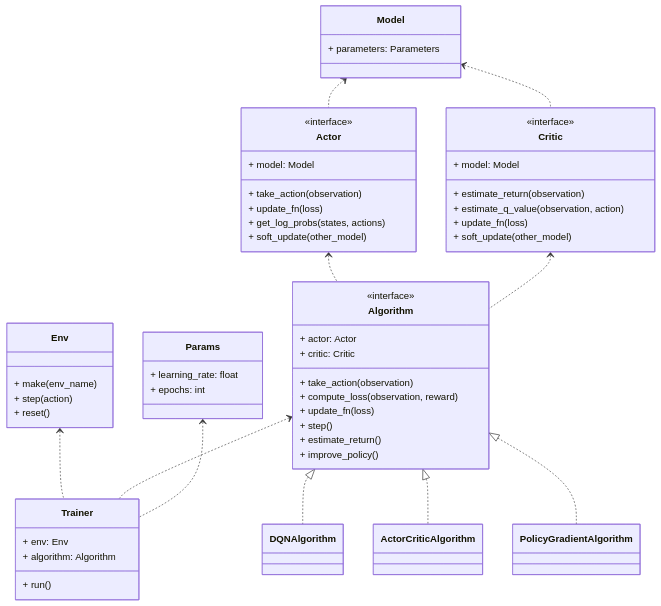
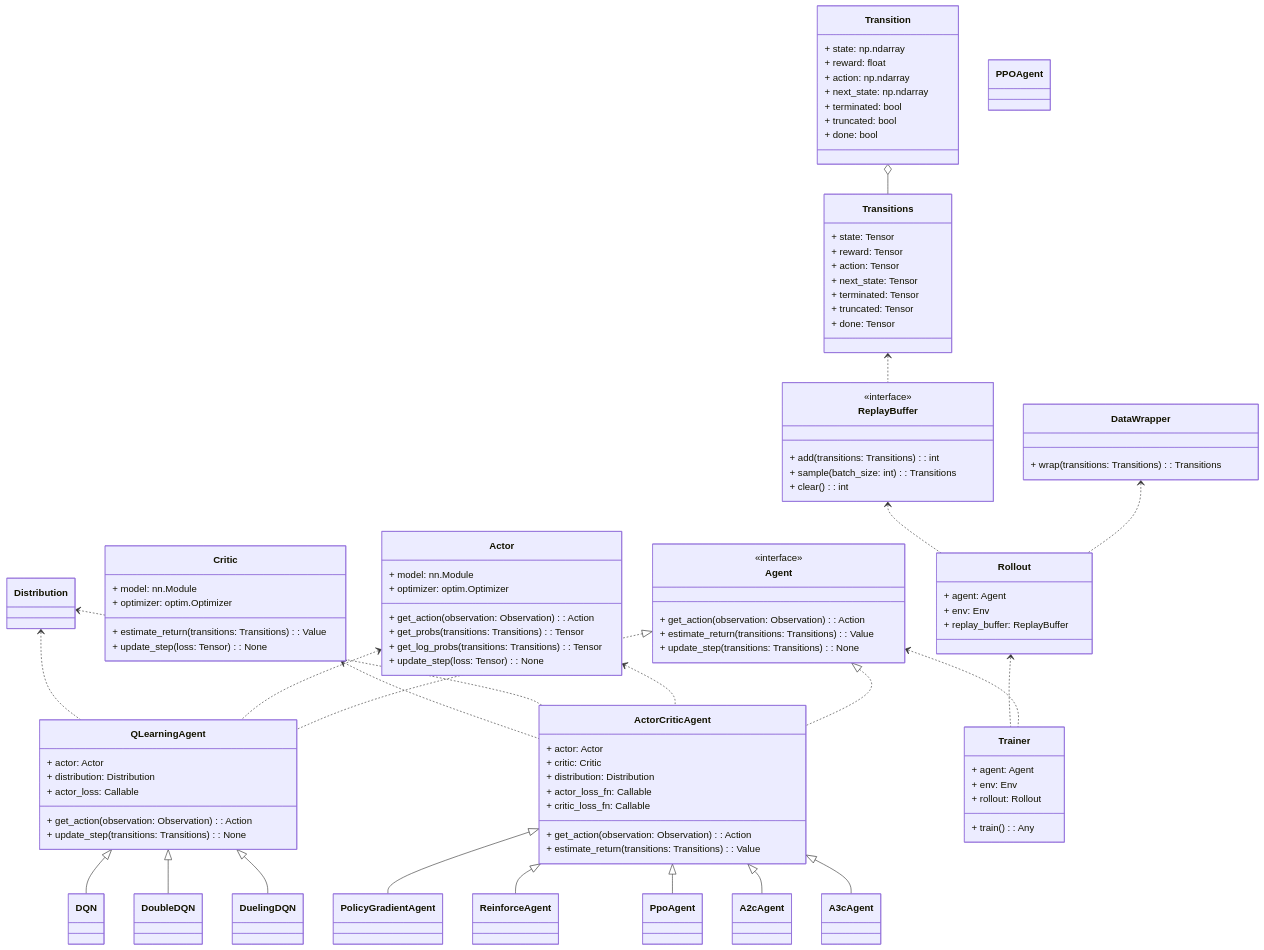
The diagram in README.md (ZheyangXu/jingwei), drawn with Mermaid before and after one commit.

Commit message:
doc: add class diagram

````diff
--- a/README.md
+++ b/README.md
@@ -8,65 +8,122 @@
 ```mermaid
 classDiagram
-    Env <.. Trainer
-    Algorithm <.. Trainer
-    Actor <.. Algorithm
-    Critic <.. Algorithm
-    Model <.. Actor
-    Model <.. Critic
-    Params <.. Trainer
-    Algorithm <|.. DQNAlgorithm
-    Algorithm <|.. ActorCriticAlgorithm
-    Algorithm <|.. PolicyGradientAlgorithm
+    Agent <|.. QLearningAgent
+    Agent <|.. ActorCriticAgent
 
-    class Trainer {
-        + env: Env
-        + algorithm: Algorithm
-        + run()
-    }
-    class Env {
-        + make(env_name)
-        + step(action)
-        + reset()
-    }
-    class Algorithm {
-        <<interface>>
-        + actor: Actor
-        + critic: Critic
-        + take_action(observation)
-        + compute_loss(observation, reward)
-        + update_fn(loss)
-        + step()
-        + estimate_return()
-        + improve_policy()
-    }
-    class Actor {
-        <<interface>>
-        + model: Model
-        + take_action(observation)
-        + update_fn(loss)
-        + get_log_probs(states, actions)
-        + soft_update(other_model)
-    }
-    class Critic {
-        <<interface>>
-        + model: Model
-        + estimate_return(observation)
-        + estimate_q_value(observation, action)
-        + update_fn(loss)
-        + soft_update(other_model)
-    }
-    class Model {
-        + parameters: Parameters
-    }
-    class Params {
-        + learning_rate: float
-        + epochs: int
-    }
-    class DQNAlgorithm {
+    Transition o-- Transitions
 
-    }
-    class ActorCriticAlgorithm {
+    Actor <.. QLearningAgent
+    Distribution <.. QLearningAgent
 
-    }
-    class PolicyGradientAlgorithm
+    Actor <.. ActorCriticAgent
+    Distribution <.. ActorCriticAgent
+    Critic <.. ActorCriticAgent
+
+    Agent <.. Trainer
+    Rollout <.. Trainer
+
+    DataWrapper <.. Rollout
+    ReplayBuffer <.. Rollout
+
+    Transitions <.. ReplayBuffer
+
+    QLearningAgent <|-- DQN
+    QLearningAgent <|-- DoubleDQN
+    QLearningAgent <|-- DuelingDQN
+    
+    ActorCriticAgent <|-- PolicyGradientAgent
+    ActorCriticAgent <|-- ReinforceAgent
+    ActorCriticAgent <|-- PpoAgent
+    ActorCriticAgent <|-- A2cAgent
+    ActorCriticAgent <|-- A3cAgent
+
+
+class Trainer {
+    + agent: Agent
+    + env: Env
+    + rollout: Rollout
+    + train(): Any
+}
+
+class Actor {
+    + model: nn.Module
+    + optimizer: optim.Optimizer
+    + get_action(observation: Observation): Action
+    + get_probs(transitions: Transitions): Tensor
+    + get_log_probs(transitions: Transitions): Tensor
+    + update_step(loss: Tensor): None
+}
+
+class Critic {
+    + model: nn.Module
+    + optimizer: optim.Optimizer
+    + estimate_return(transitions: Transitions): Value
+    + update_step(loss: Tensor): None
+}
+
+class Agent {
+    <<interface>>
+    + get_action(observation: Observation): Action
+    + estimate_return(transitions: Transitions): Value
+    + update_step(transitions: Transitions): None
+}
+
+class QLearningAgent {
+    + actor: Actor
+    + distribution: Distribution
+    + actor_loss: Callable
+    + get_action(observation: Observation): Action 
+    + update_step(transitions: Transitions): None
+}
+
+class ActorCriticAgent {
+    + actor: Actor
+    + critic: Critic
+    + distribution: Distribution
+    + actor_loss_fn: Callable
+    + critic_loss_fn: Callable
+    + get_action(observation: Observation): Action
+    + estimate_return(transitions: Transitions): Value
+}
+
+class Rollout {
+    + agent: Agent
+    + env: Env
+    + replay_buffer: ReplayBuffer
+}
+
+class ReplayBuffer {
+    <<interface>>
+    + add(transitions: Transitions): int
+    + sample(batch_size: int): Transitions
+    + clear(): int
+}
+
+class Transition {
+    + state: np.ndarray
+    + reward: float
+    + action: np.ndarray
+    + next_state: np.ndarray
+    + terminated: bool
+    + truncated: bool
+    + done: bool
+}
+
+class Transitions {
+    + state: Tensor
+    + reward: Tensor
+    + action: Tensor
+    + next_state: Tensor
+    + terminated: Tensor
+    + truncated: Tensor
+    + done: Tensor
+}
+
+class DataWrapper {
+    + wrap(transitions: Transitions): Transitions
+}
+
+class PPOAgent
+
+class DQN
 ```
````
